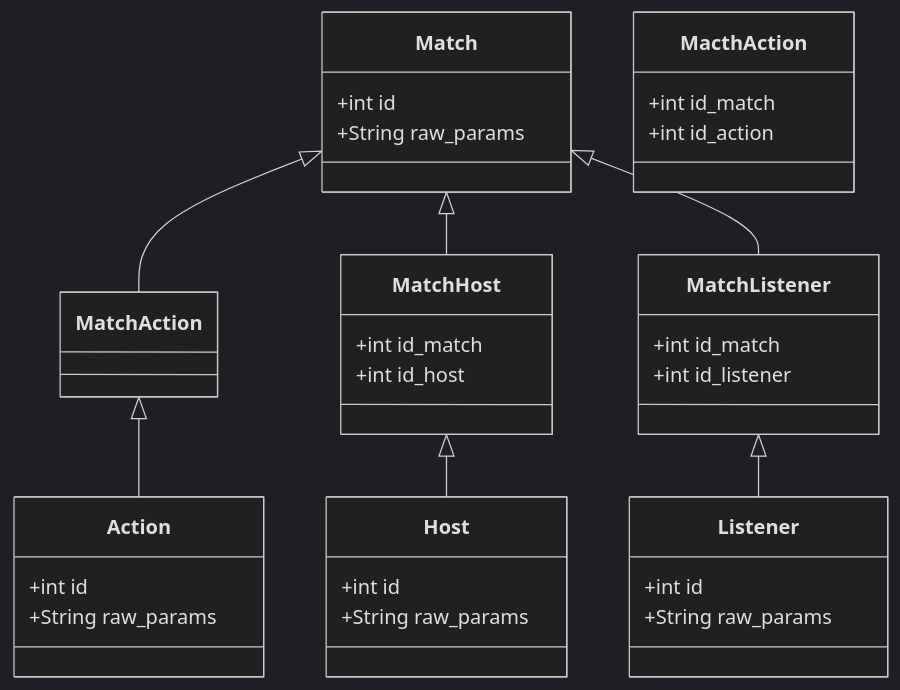
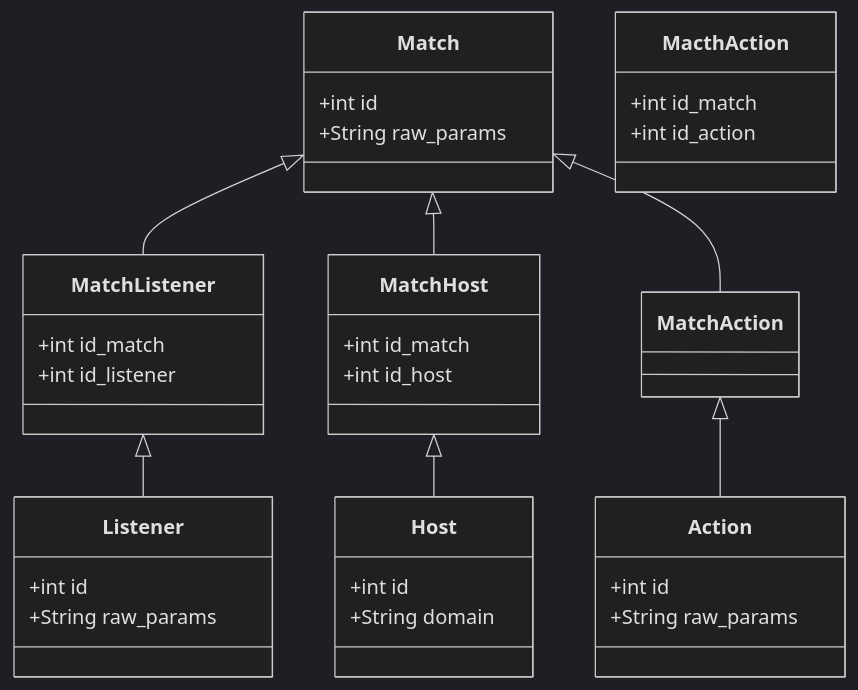
Before and after one commit to pipelight/jucenit: the third of 3 diagrams in INTERNALS.md, drawn with Mermaid (dark theme).

Commit message:
fix(doc): human readable diagram

````diff
--- a/INTERNALS.md
+++ b/INTERNALS.md
@@ -82,40 +82,40 @@
 ```mermaid
 classDiagram
-    Match <|-- MatchAction
-    MatchAction <|-- Action
+    Match <|-- MatchListener
+    MatchListener <|-- Listener
 
     Match <|-- MatchHost
     MatchHost <|-- Host
 
-    Match <|-- MatchListener
-    MatchListener <|-- Listener
+    Match <|-- MatchAction
+    MatchAction <|-- Action
 
+    class Host {
+        +int id
+        +String domain
+    }
     class Match {
+        +int id
+        +String raw_params
+    }
+     class Listener {
+        +int id
+        +String raw_params
+    }
+    class Action {
         +int id
         +String raw_params
     }
     class MatchHost {
         +int id_match
         +int id_host
     }
-    class Host {
-        +int id
-        +String raw_params
-    }
-    class Listener {
-        +int id
-        +String raw_params
-    }
     class MatchListener {
         +int id_match
         +int id_listener
-    }
-    class Action {
-        +int id
-        +String raw_params
     }
     class MacthAction {
         +int id_match
         +int id_action
     }
 ```
````
